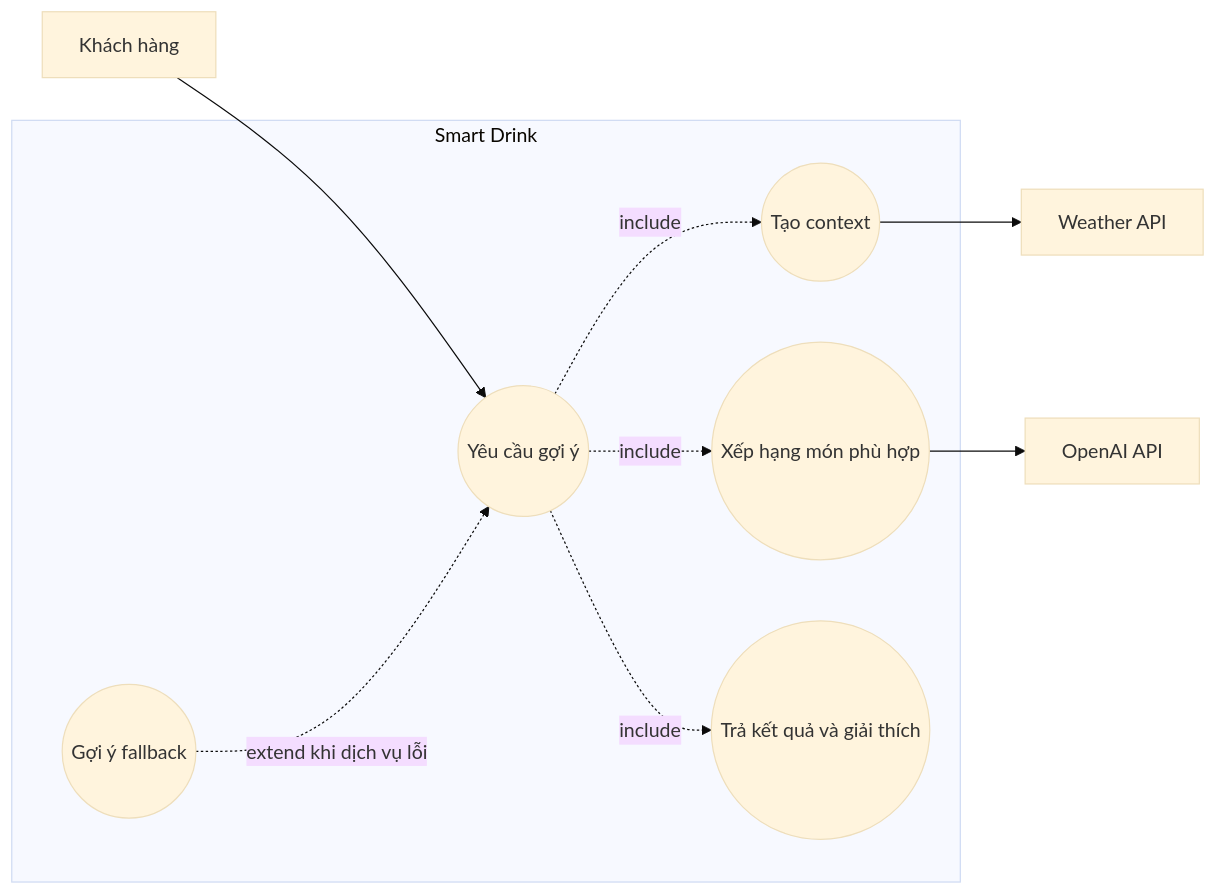
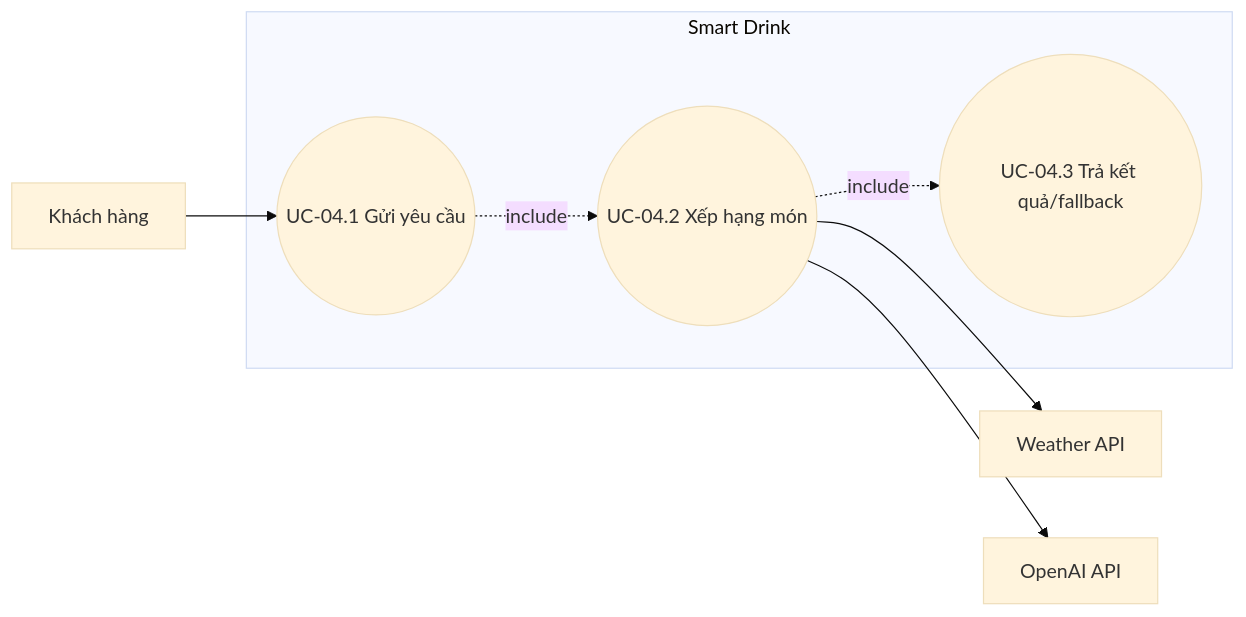
One commit to alisa12405/drink_app changed the fourth of 10 diagrams in tai_lieu_phan_tich_thiet_ke_he_thong/03-dac-ta-ca-su-dung.md. Above: the diagram before and after it, drawn with Mermaid (base theme). The commit also changed other lines of this file and 4 other files, not shown here.

````diff
--- a/tai_lieu_phan_tich_thiet_ke_he_thong/03-dac-ta-ca-su-dung.md
+++ b/tai_lieu_phan_tich_thiet_ke_he_thong/03-dac-ta-ca-su-dung.md
@@ -117,20 +175,16 @@
 ```mermaid
 flowchart LR
     Customer[Khách hàng]
     Weather[Weather API]
-    OpenAI[OpenAI API]
+    AI[OpenAI API]
     subgraph SYS[Smart Drink]
-        Request((Yêu cầu gợi ý))
-        Context((Tạo context))
-        Rank((Xếp hạng món phù hợp))
-        Explain((Trả kết quả và giải thích))
-        Fallback((Gợi ý fallback))
+        Request((UC-04.1 Gửi yêu cầu))
+        Rank((UC-04.2 Xếp hạng món))
+        Result((UC-04.3 Trả kết quả/fallback))
     end
     Customer --> Request
-    Request -. include .-> Context
     Request -. include .-> Rank
-    Request -. include .-> Explain
-    Context --> Weather
-    Rank --> OpenAI
-    Fallback -. extend khi dịch vụ lỗi .-> Request
+    Rank -. include .-> Result
+    Rank --> Weather
+    Rank --> AI
 ```
````
